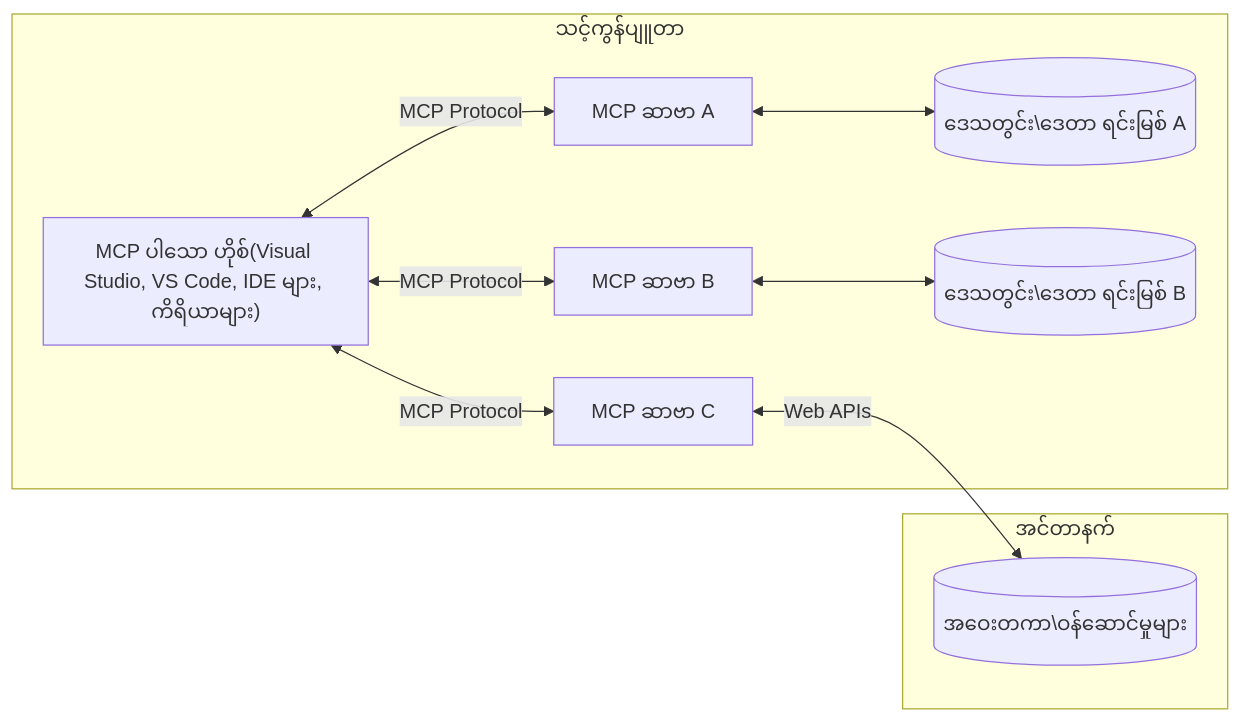
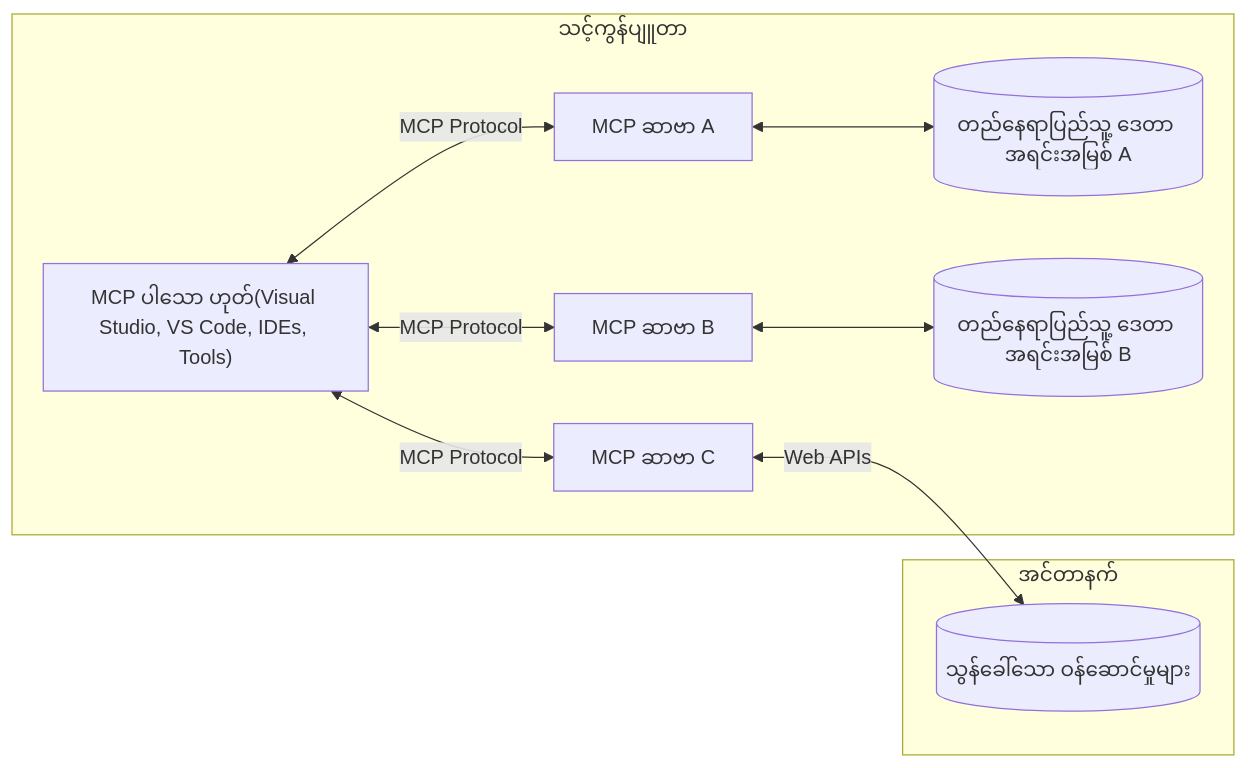
One commit to Mu-L/mcp-for-beginners changed the diagram in translations/my/01-CoreConcepts/README.md. Above: the diagram before and after it, drawn with Mermaid. The commit also changed other lines of this file and 5 other files, not shown here.

````diff
--- a/translations/my/01-CoreConcepts/README.md
+++ b/translations/my/01-CoreConcepts/README.md
@@ -45,17 +45,17 @@
 ```mermaid
 flowchart LR
     subgraph "သင့်ကွန်ပျူတာ"
-        Host["MCP ပါသော ဟိုစ်(Visual Studio, VS Code, IDE များ, ကိရိယာများ)"]
+        Host["MCP ပါသော ဟုတ်(Visual Studio, VS Code, IDEs, Tools)"]
         S1["MCP ဆာဗာ A"]
         S2["MCP ဆာဗာ B"]
         S3["MCP ဆာဗာ C"]
         Host <-->|"MCP Protocol"| S1
         Host <-->|"MCP Protocol"| S2
         Host <-->|"MCP Protocol"| S3
-        S1 <--> D1[("ဒေသတွင်း\ဒေတာ ရင်းမြစ် A")]
-        S2 <--> D2[("ဒေသတွင်း\ဒေတာ ရင်းမြစ် B")]
+        S1 <--> D1[("တည်နေရာပြည်သူ့ ဒေတာ အရင်းအမြစ် A")]
+        S2 <--> D2[("တည်နေရာပြည်သူ့ ဒေတာ အရင်းအမြစ် B")]
     end
-    subgraph " အင်တာနက်"
-        S3 <-->|"Web APIs"| D3[("အဝေးတကာ\ဝန်ဆောင်မှုများ")]
+    subgraph "အင်တာနက်"
+        S3 <-->|"Web APIs"| D3[("သွန်ခေါ်သော ဝန်ဆောင်မှုများ")]
     end
 ```
````
